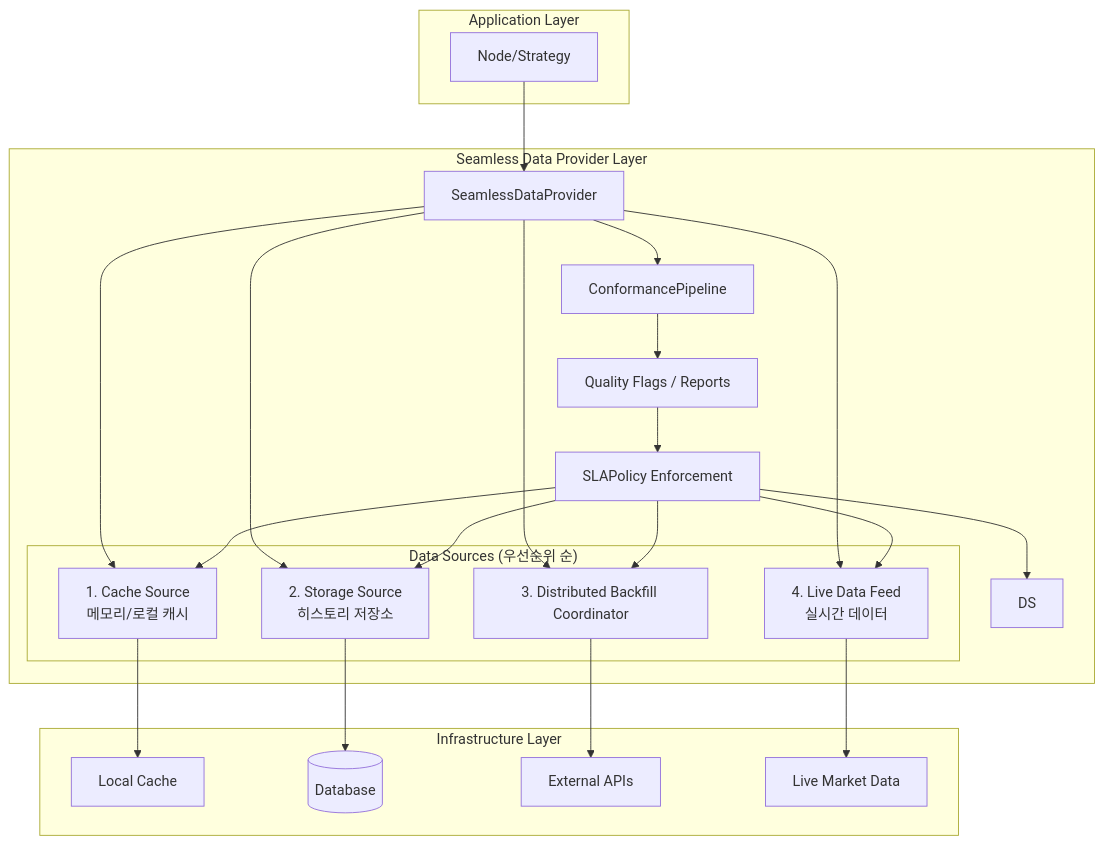
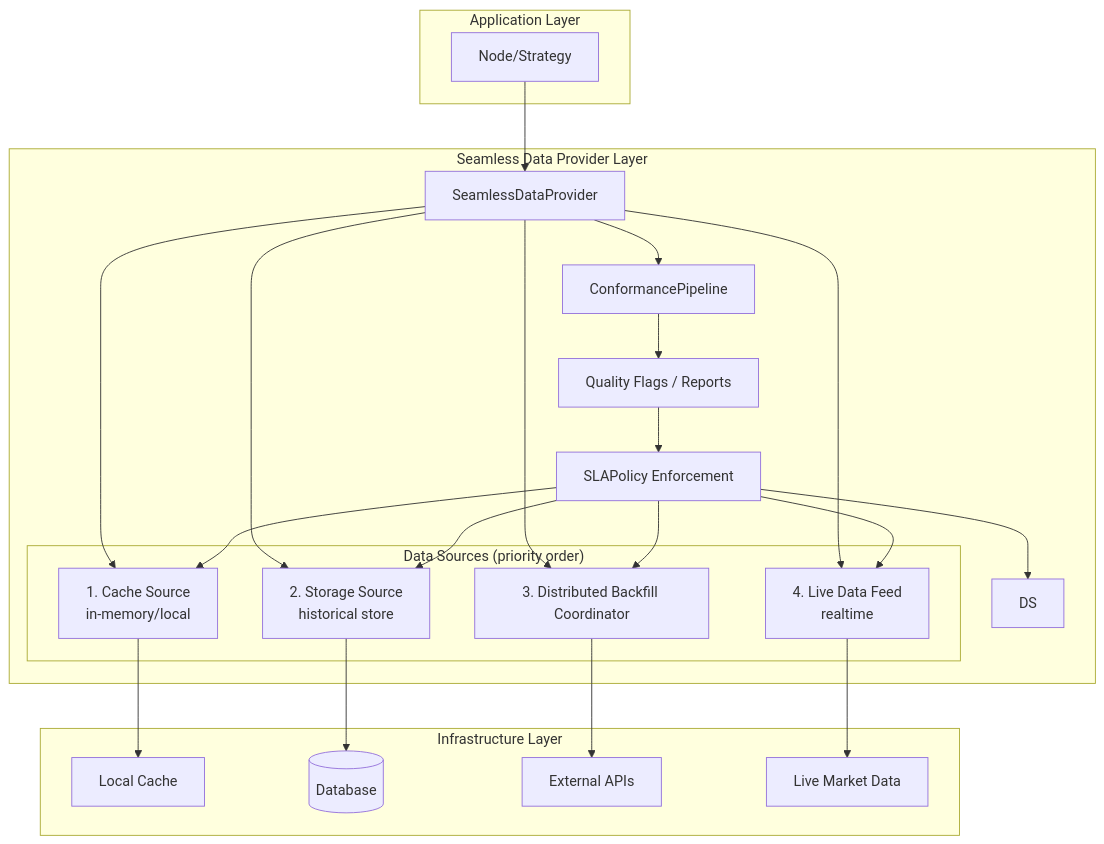
The diagram in docs/en/design/seamless_data_provider.md (hyophyop/qmtl), drawn with Mermaid before and after one commit. The commit also changed other lines of this file and 24 other files, not shown here.

````diff
--- a/docs/en/design/seamless_data_provider.md
+++ b/docs/en/design/seamless_data_provider.md
@@ -18,37 +22,37 @@
 ```mermaid
 graph TB
     subgraph "Application Layer"
         N[Node/Strategy]
     end
     
     subgraph "Seamless Data Provider Layer"
         SDP[SeamlessDataProvider]
         SDP --> CP[ConformancePipeline]
         CP --> FLAGS[Quality Flags / Reports]
         FLAGS --> SLA[SLAPolicy Enforcement]
         SLA --> DS
-        subgraph "Data Sources (우선순위 순)"
-            DS1[1. Cache Source<br/>메모리/로컬 캐시]
-            DS2[2. Storage Source<br/>히스토리 저장소]
+    subgraph "Data Sources (priority order)"
+            DS1[1. Cache Source<br/>in-memory/local]
+            DS2[2. Storage Source<br/>historical store]
             DS3[3. Distributed Backfill Coordinator]
-            DS4[4. Live Data Feed<br/>실시간 데이터]
+            DS4[4. Live Data Feed<br/>realtime]
         end
         SLA --> DS1
         SLA --> DS2
         SLA --> DS3
         SLA --> DS4
     end
     
     subgraph "Infrastructure Layer"
         CACHE[Local Cache]
         DB[(Database)]
         EXT[External APIs]
         LIVE[Live Market Data]
     end
     
     N --> SDP
     SDP --> DS1 --> CACHE
     SDP --> DS2 --> DB
     SDP --> DS3 --> EXT
     SDP --> DS4 --> LIVE
 ```
````
